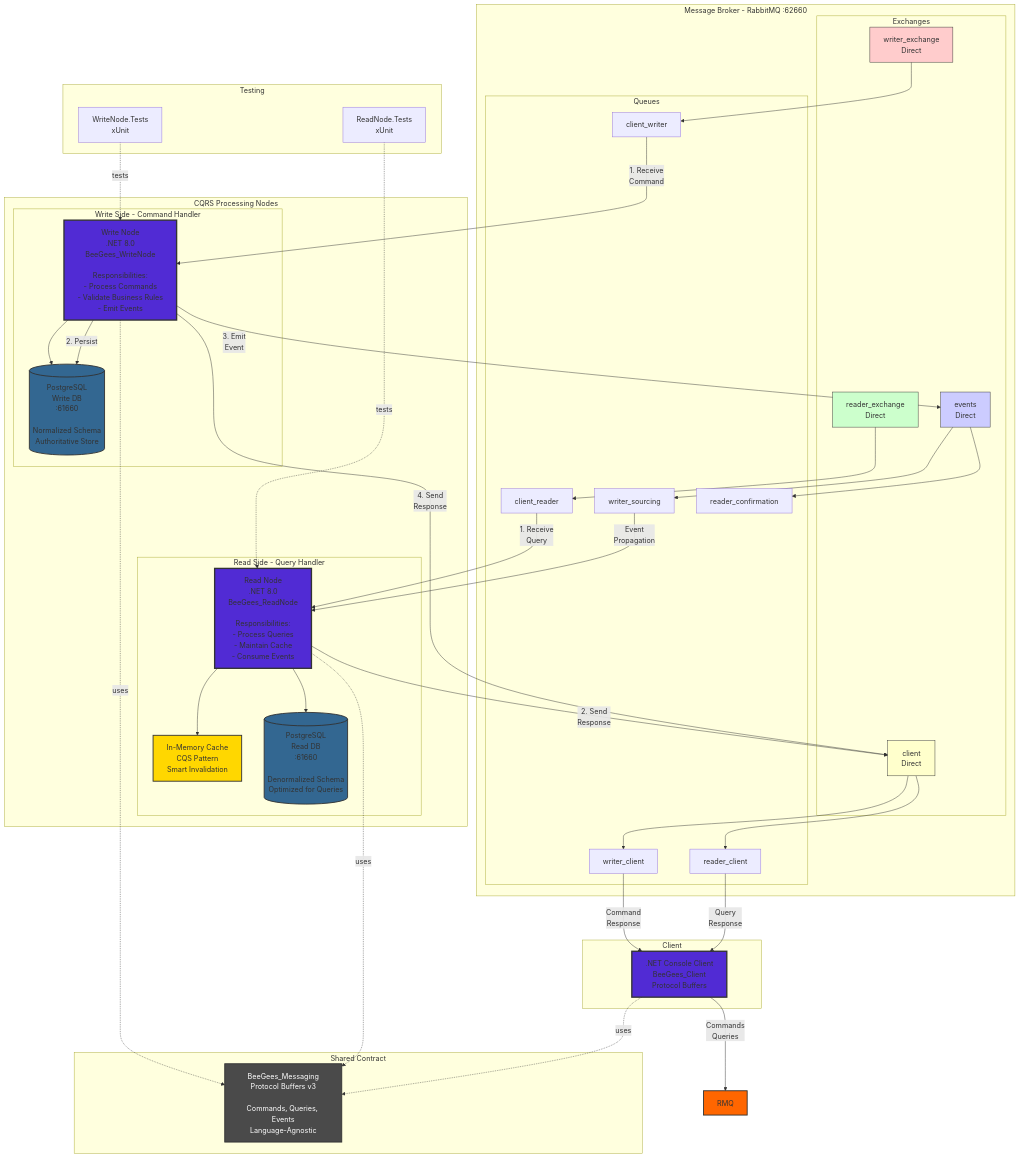
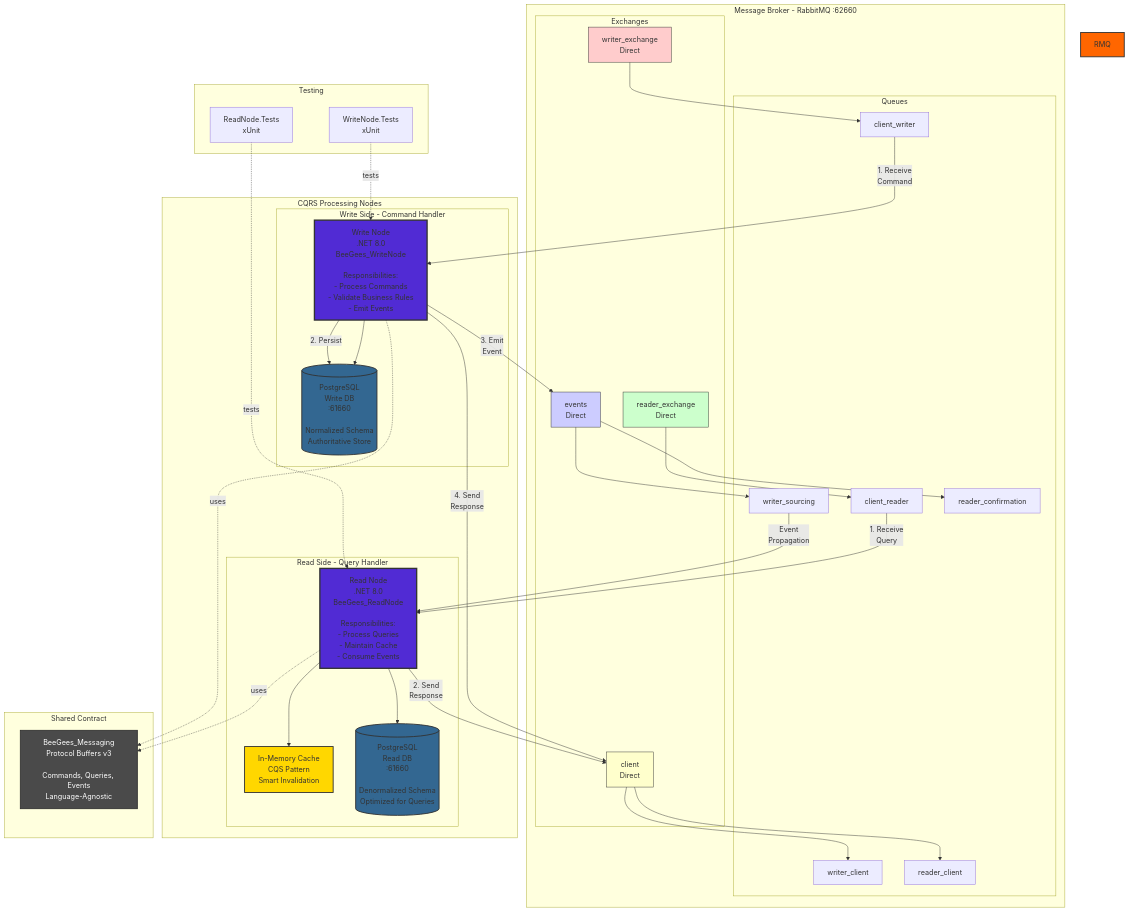
The first of 2 diagrams in ARCHITECTURE.md (eliodecolli/CSharp-CQRS), drawn with Mermaid before and after one commit. The commit also changed other lines of this file, not shown here.

Commit message:
Fixed diagram code - again

````diff
--- a/ARCHITECTURE.md
+++ b/ARCHITECTURE.md
@@ -16,9 +16,5 @@
 ```mermaid
 graph TB
-    subgraph "Client"
-        CLI[.NET Console Client<br/>BeeGees_Client<br/>Protocol Buffers]
-    end
-
     subgraph "Message Broker - RabbitMQ :62660"
         subgraph "Exchanges"
             WE[writer_exchange<br/>Direct]
@@ -62,9 +58,6 @@
         RT[ReadNode.Tests<br/>xUnit]
     end
 
-    %% Client connections
-    CLI -->|Commands<br/>Queries| RMQ
-
     %% Exchange to Queue bindings
     WE --> CW
     RE --> CR
@@ -86,20 +79,14 @@
     %% Event Sourcing - Eventual Consistency
     WS -->|Event<br/>Propagation| RN
 
-    %% Response delivery
-    WC -->|Command<br/>Response| CLI
-    RQC -->|Query<br/>Response| CLI
-
     %% Shared dependencies
     WN -.->|uses| MSG
     RN -.->|uses| MSG
-    CLI -.->|uses| MSG
 
     %% Test dependencies
     WT -.->|tests| WN
     RT -.->|tests| RN
 
-    style CLI fill:#512bd4,stroke:#333,stroke-width:3px
     style WN fill:#512bd4,stroke:#333,stroke-width:3px
     style RN fill:#512bd4,stroke:#333,stroke-width:3px
     style RMQ fill:#ff6600,stroke:#333,stroke-width:2px
````
